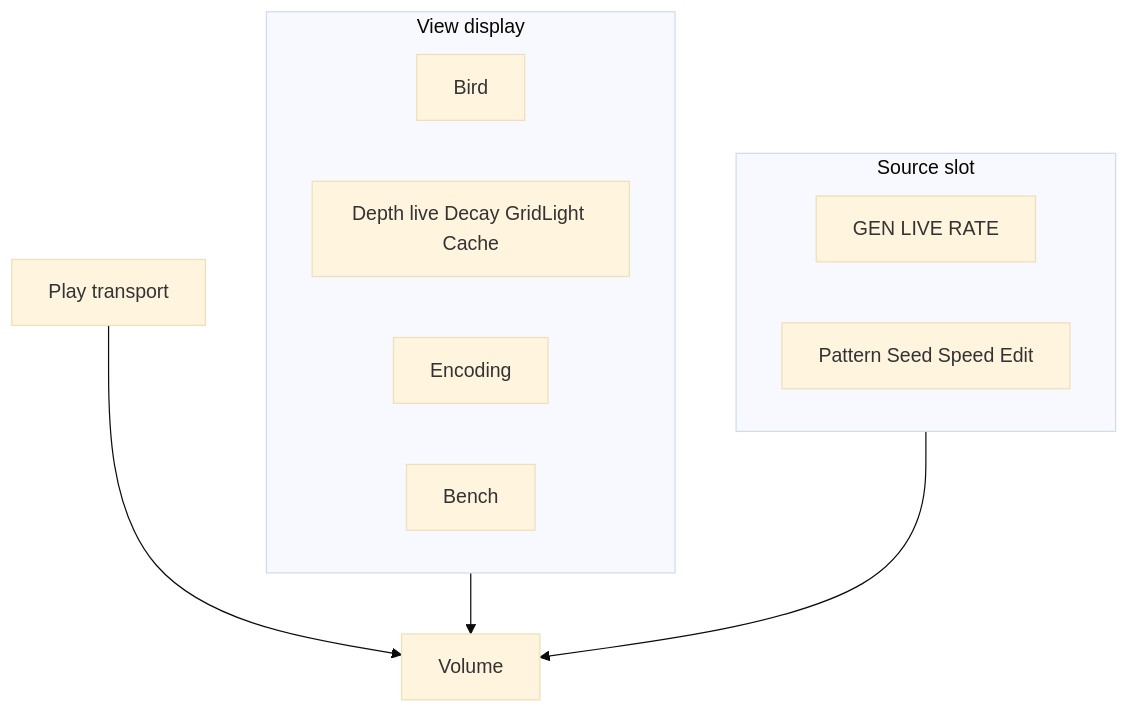
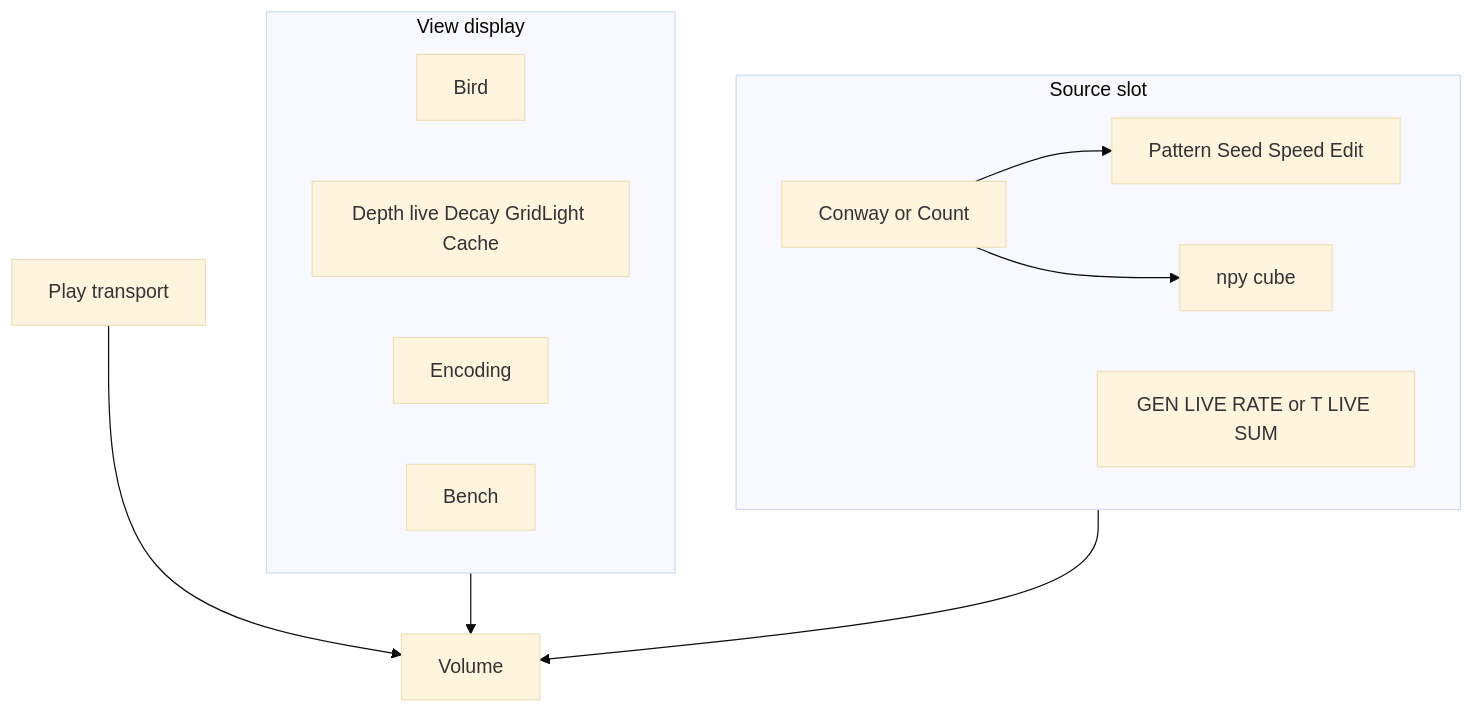
Before and after one commit to PiMaV/DONNER: the fourth of 18 diagrams in architecture.md, drawn with Mermaid (base theme). The commit also changed other lines of this file and 25 other files, not shown here.

Commit message:
Add a count-stack source beside Conway so EVT cubes share the volume, and open XR-A passthrough so the same scene can sit on a table.

````diff
--- a/architecture.md
+++ b/architecture.md
@@ -87,17 +87,21 @@
 ```mermaid
 flowchart TB
   subgraph view [View display]
     bird[Bird]
     win[Depth live Decay GridLight Cache]
     enc[Encoding]
     bench[Bench]
   end
   subgraph source [Source slot]
-    gen[GEN LIVE RATE]
+    kind[Conway or Count]
+    gen[GEN LIVE RATE or T LIVE SUM]
     conway[Pattern Seed Speed Edit]
+    npy[npy cube]
   end
   view --> volume[Volume]
   playT[Play transport]
   playT --> volume
   source --> volume
+  kind --> conway
+  kind --> npy
 ```
````
